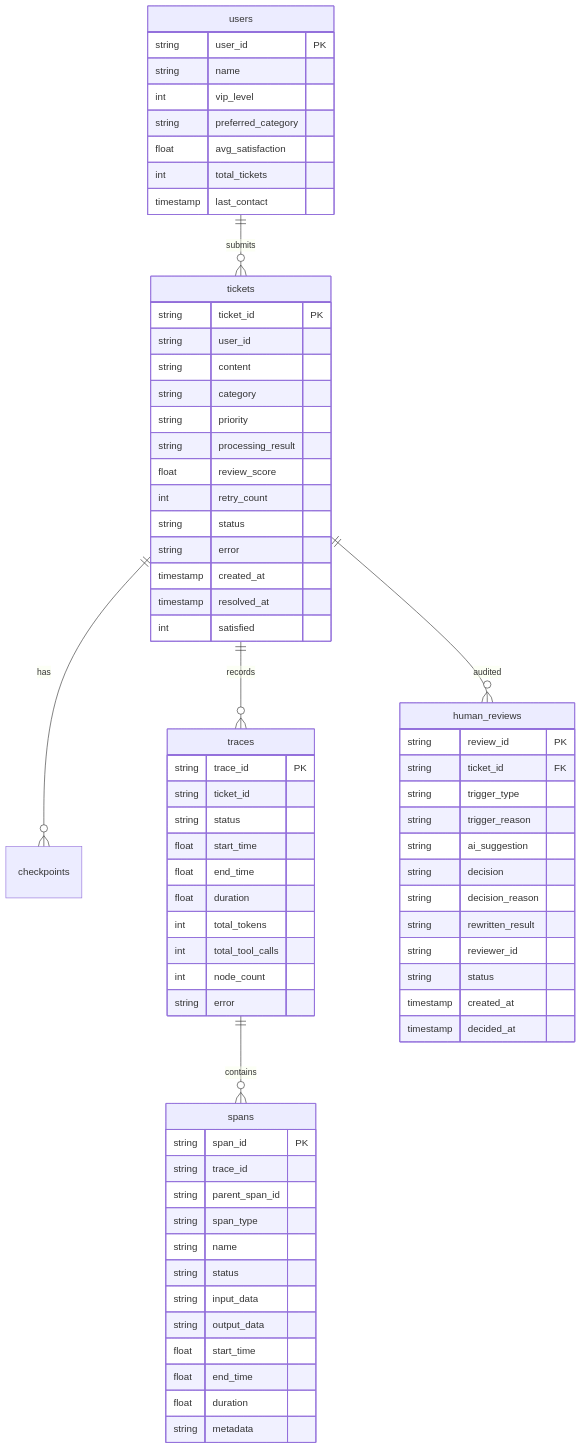
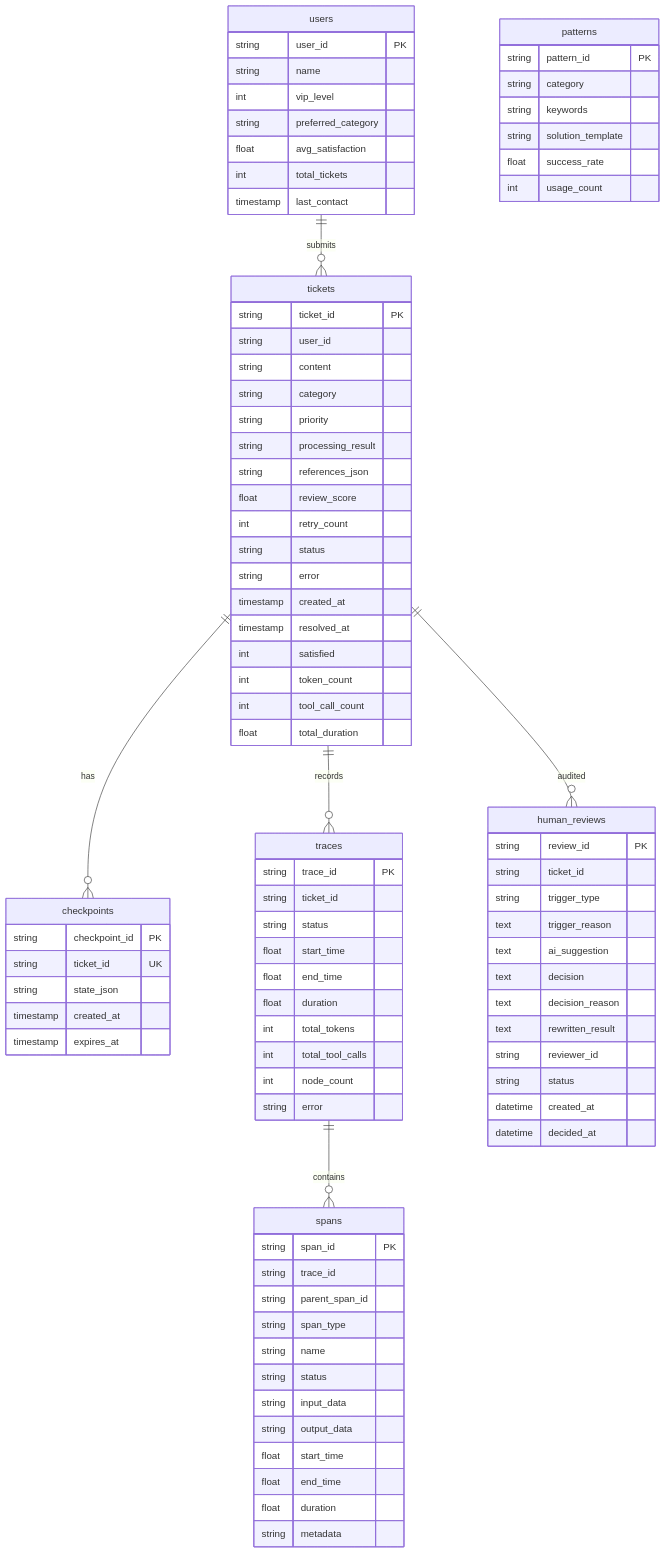
One commit to ArtLjn/AgentDesk changed the diagram in docs/design-spec/01_正式设计/05_数据存储设计.md. Above: the diagram before and after it, drawn with Mermaid. The commit also changed other lines of this file and 23 other files, not shown here.

````diff
--- a/docs/design-spec/01_正式设计/05_数据存储设计.md
+++ b/docs/design-spec/01_正式设计/05_数据存储设计.md
@@ -31,6 +36,7 @@
         string category
         string priority
         string processing_result
+        string references_json
         float review_score
         int retry_count
         string status
@@ -38,6 +44,26 @@
         timestamp created_at
         timestamp resolved_at
         int satisfied
+        int token_count
+        int tool_call_count
+        float total_duration
+    }
+
+    checkpoints {
+        string checkpoint_id PK
+        string ticket_id UK
+        string state_json
+        timestamp created_at
+        timestamp expires_at
+    }
+
+    patterns {
+        string pattern_id PK
+        string category
+        string keywords
+        string solution_template
+        float success_rate
+        int usage_count
     }
 
     traces {
@@ -70,16 +96,16 @@
 
     human_reviews {
         string review_id PK
-        string ticket_id FK
+        string ticket_id
         string trigger_type
-        string trigger_reason
-        string ai_suggestion
-        string decision
-        string decision_reason
-        string rewritten_result
+        text trigger_reason
+        text ai_suggestion
+        text decision
+        text decision_reason
+        text rewritten_result
         string reviewer_id
         string status
-        timestamp created_at
-        timestamp decided_at
+        datetime created_at
+        datetime decided_at
     }
 ```
````
